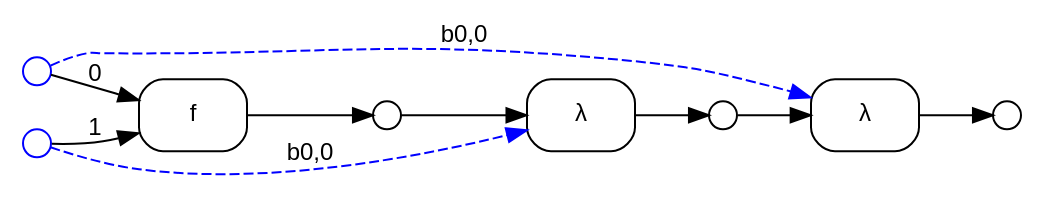
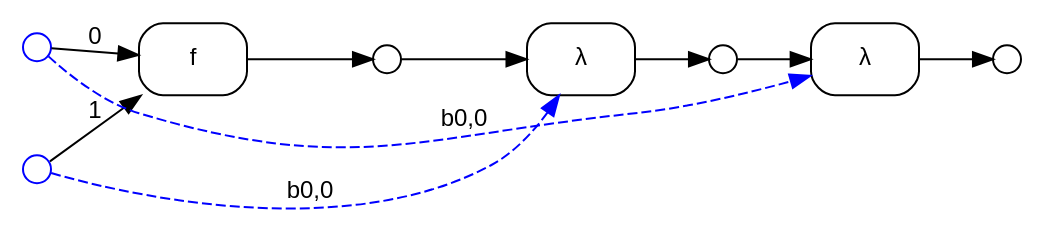
Before and after one commit to ammatsui/bhypvis: the diagram in safety_safe_nested.dot, drawn with Graphviz. The commit also changed other lines of this file and 293 other files, not shown here.

```diff
--- a/safety_safe_nested.dot
+++ b/safety_safe_nested.dot
@@ -1,32 +1,32 @@
 digraph G {
   fontname="Helvetica"
   fontsize=12
   rankdir=LR;
   node [fontname="Helvetica", fontsize=12];
   edge [fontname="Helvetica", fontsize=12];
 
   // Nodes
   n3 [label="", shape=circle, style=filled, fillcolor=white, color="black", width=0.2, height=0.2, fixedsize=true];
+  n1 [label="", shape=circle, style=filled, fillcolor=white, color="blue", width=0.2, height=0.2, fixedsize=true];
   n4 [label="", shape=circle, style=filled, fillcolor=white, color="black", width=0.2, height=0.2, fixedsize=true];
   n0 [label="", shape=circle, style=filled, fillcolor=white, color="blue", width=0.2, height=0.2, fixedsize=true];
-  n1 [label="", shape=circle, style=filled, fillcolor=white, color="blue", width=0.2, height=0.2, fixedsize=true];
   n2 [label="", shape=circle, style=filled, fillcolor=white, color="black", width=0.2, height=0.2, fixedsize=true];
 
   // Hyperedges
+  e0 [label="f", shape=box, style=rounded, color="black"];
   e2 [label="λ", shape=box, style=rounded, color="black"];
-  e0 [label="f", shape=box, style=rounded, color="black"];
   e1 [label="λ", shape=box, style=rounded, color="black"];
 
   // Source connections
+  n0 -> e0 [label="0"];
+  n1 -> e0 [label="1"];
   n3 -> e2 [label=""];
   n0 -> e2 [style=dashed, color="blue", constraint=false, label="b0,0"];
-  n0 -> e0 [label="0"];
-  n1 -> e0 [label="1"];
   n2 -> e1 [label=""];
   n1 -> e1 [style=dashed, color="blue", constraint=false, label="b0,0"];
 
   // Target connections
+  e0 -> n2 [label=""];
   e2 -> n4 [label=""];
-  e0 -> n2 [label=""];
   e1 -> n3 [label=""];
 }
```
